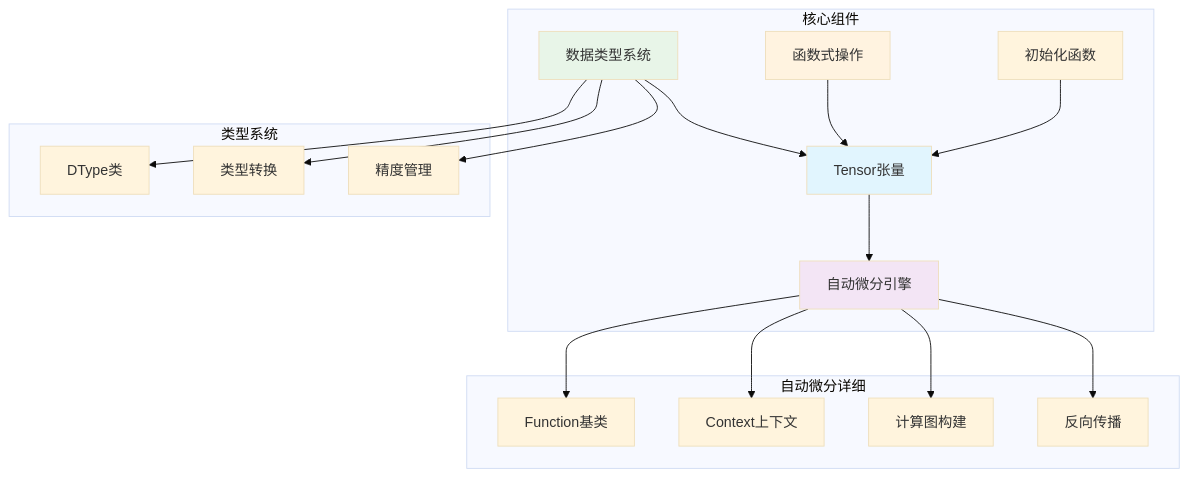
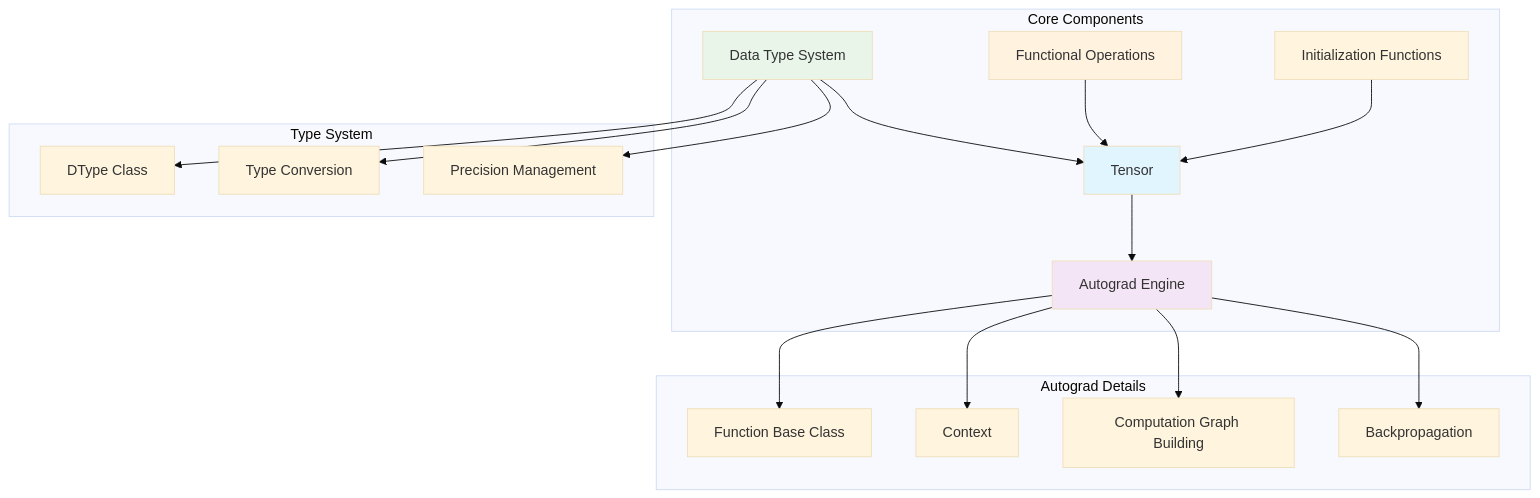
The diagram in docs/core-components/index.md (phonism/genesis), drawn with Mermaid (base theme) before and after one commit. The commit also changed other lines of this file and 40 other files, not shown here.

````diff
--- a/docs/core-components/index.md
+++ b/docs/core-components/index.md
@@ -7,27 +7,27 @@
 ```mermaid
 graph TB
-    subgraph "核心组件"
-        A[Tensor张量] --> B[自动微分引擎]
-        C[数据类型系统] --> A
-        D[函数式操作] --> A
-        E[初始化函数] --> A
+    subgraph "Core Components"
+        A[Tensor] --> B[Autograd Engine]
+        C[Data Type System] --> A
+        D[Functional Operations] --> A
+        E[Initialization Functions] --> A
     end
     
-    subgraph "自动微分详细"
-        B --> F[Function基类]
-        B --> G[Context上下文]
-        B --> H[计算图构建]
-        B --> I[反向传播]
+    subgraph "Autograd Details"
+        B --> F[Function Base Class]
+        B --> G[Context]
+        B --> H[Computation Graph Building]
+        B --> I[Backpropagation]
     end
     
-    subgraph "类型系统"
-        C --> J[DType类]
-        C --> K[类型转换]
-        C --> L[精度管理]
+    subgraph "Type System"
+        C --> J[DType Class]
+        C --> K[Type Conversion]
+        C --> L[Precision Management]
     end
     
     style A fill:#e1f5fe
     style B fill:#f3e5f5
     style C fill:#e8f5e8
     style D fill:#fff3e0
 ```
````
